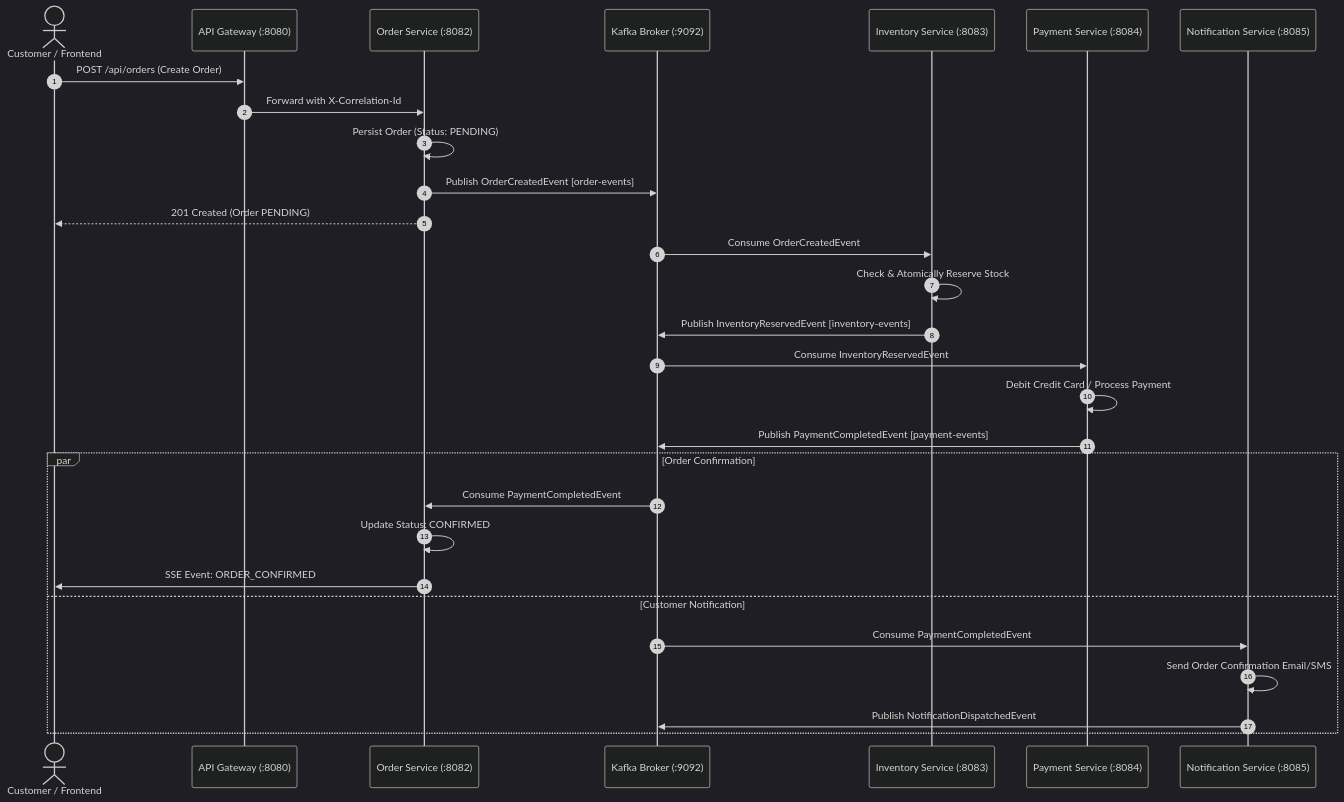
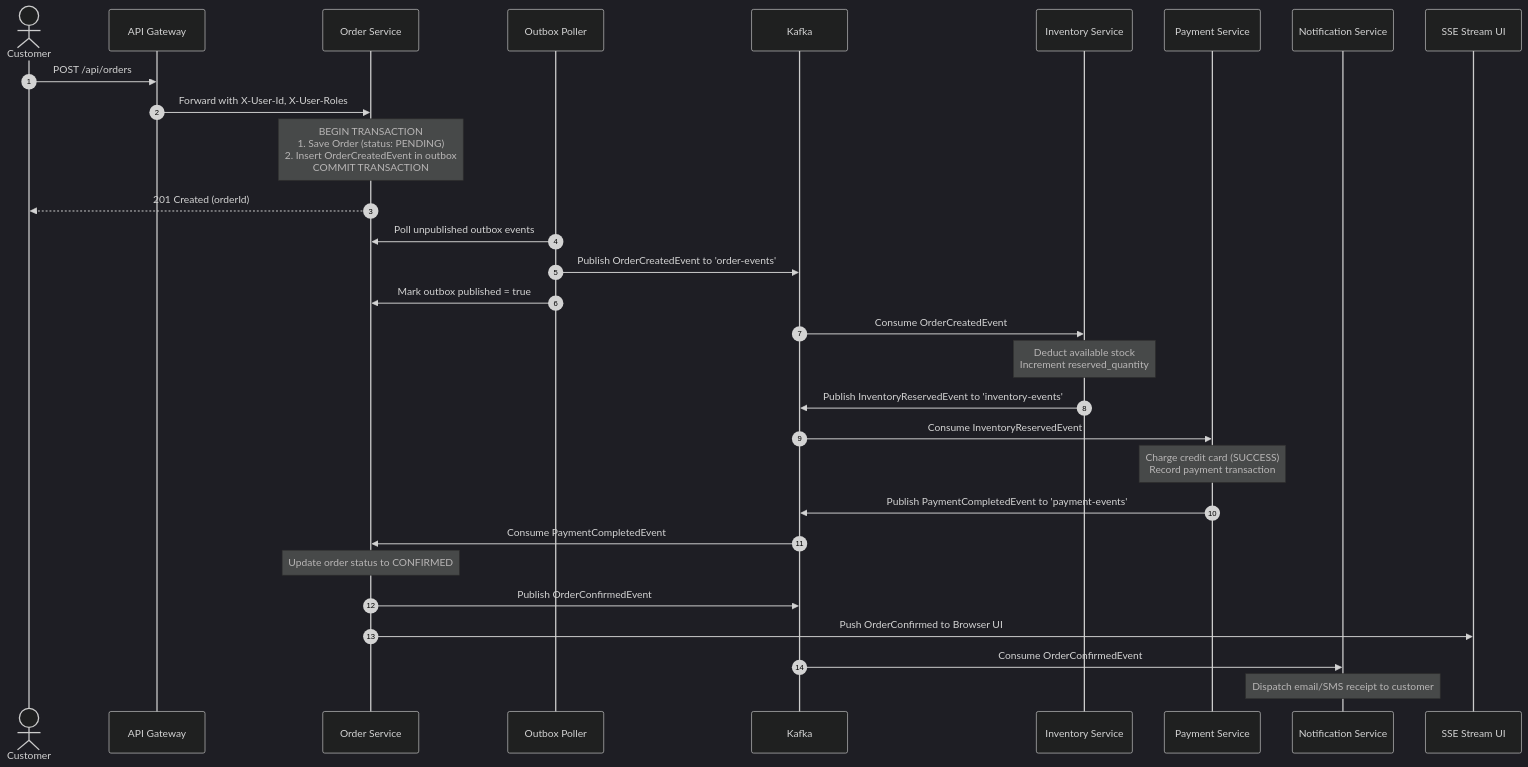
The diagram in README.md (DasariTeja02/distributed-ecommerce-microservices), drawn with Mermaid (dark theme) before and after one commit. The commit also changed other lines of this file and 20 other files, not shown here.

````diff
--- a/README.md
+++ b/README.md
@@ -103,35 +202,33 @@
 ```mermaid
 sequenceDiagram
     autonumber
-    actor Customer as Customer / Frontend
-    participant GW as API Gateway (:8080)
-    participant OS as Order Service (:8082)
-    participant K as Kafka Broker (:9092)
-    participant IS as Inventory Service (:8083)
-    participant PS as Payment Service (:8084)
-    participant NS as Notification Service (:8085)
+    actor Customer as Customer
+    participant GW as API Gateway
+    participant OS as Order Service
+    participant OB as Outbox Poller
+    participant KB as Kafka
+    participant IS as Inventory Service
+    participant PS as Payment Service
+    participant NS as Notification Service
+    participant SSE as SSE Stream UI
 
-    Customer->>GW: POST /api/orders (Create Order)
-    GW->>OS: Forward with X-Correlation-Id
-    OS->>OS: Persist Order (Status: PENDING)
-    OS->>K: Publish OrderCreatedEvent [order-events]
-    OS-->>Customer: 201 Created (Order PENDING)
-    
-    K->>IS: Consume OrderCreatedEvent
-    IS->>IS: Check & Atomically Reserve Stock
-    IS->>K: Publish InventoryReservedEvent [inventory-events]
-    
-    K->>PS: Consume InventoryReservedEvent
-    PS->>PS: Debit Credit Card / Process Payment
-    PS->>K: Publish PaymentCompletedEvent [payment-events]
-    
-    par Order Confirmation
-        K->>OS: Consume PaymentCompletedEvent
-        OS->>OS: Update Status: CONFIRMED
-        OS->>Customer: SSE Event: ORDER_CONFIRMED
-    and Customer Notification
-        K->>NS: Consume PaymentCompletedEvent
-        NS->>NS: Send Order Confirmation Email/SMS
-        NS->>K: Publish NotificationDispatchedEvent
-    end
+    Customer->>GW: POST /api/orders
+    GW->>OS: Forward with X-User-Id, X-User-Roles
+    Note over OS: BEGIN TRANSACTION<br/>1. Save Order (status: PENDING)<br/>2. Insert OrderCreatedEvent in outbox<br/>COMMIT TRANSACTION
+    OS-->>Customer: 201 Created (orderId)
+    OB->>OS: Poll unpublished outbox events
+    OB->>KB: Publish OrderCreatedEvent to 'order-events'
+    OB->>OS: Mark outbox published = true
+    KB->>IS: Consume OrderCreatedEvent
+    Note over IS: Deduct available stock<br/>Increment reserved_quantity
+    IS->>KB: Publish InventoryReservedEvent to 'inventory-events'
+    KB->>PS: Consume InventoryReservedEvent
+    Note over PS: Charge credit card (SUCCESS)<br/>Record payment transaction
+    PS->>KB: Publish PaymentCompletedEvent to 'payment-events'
+    KB->>OS: Consume PaymentCompletedEvent
+    Note over OS: Update order status to CONFIRMED
+    OS->>KB: Publish OrderConfirmedEvent
+    OS->>SSE: Push OrderConfirmed to Browser UI
+    KB->>NS: Consume OrderConfirmedEvent
+    Note over NS: Dispatch email/SMS receipt to customer
 ```
````
